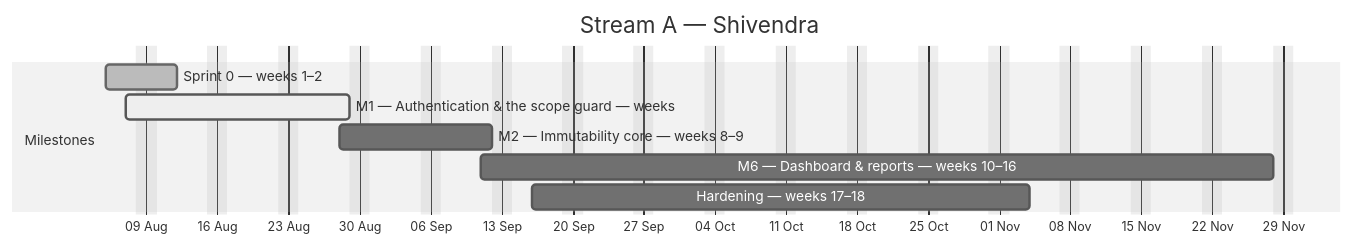
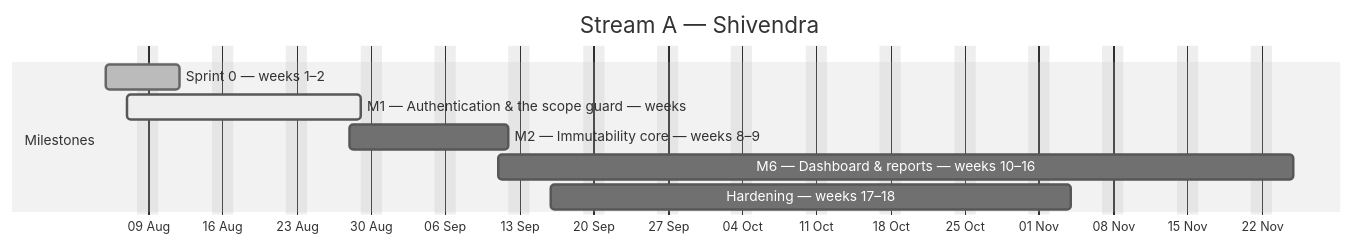
The first of 4 diagrams in docs/plan/GANTT.md (debashisedunext/EduTrack), drawn with Mermaid (neutral theme) before and after one commit. The commit also changed other lines of this file and 2 other files, not shown here.

````diff
--- a/docs/plan/GANTT.md
+++ b/docs/plan/GANTT.md
@@ -125,13 +124,13 @@
 ```mermaid
 gantt
     dateFormat YYYY-MM-DD
     axisFormat %d %b
     title Stream A — Shivendra
     excludes weekends
     section Milestones
     Sprint 0 — weeks 1–2 :done, a0, 2026-08-05, 5d
     M1 — Authentication & the scope guard — weeks :active, a1, 2026-08-07, 16d
     M2 — Immutability core — weeks 8–9 :a2, 2026-08-28, 11d
-    M6 — Dashboard & reports — weeks 10–16 :a3, 2026-09-11, 56d
+    M6 — Dashboard & reports — weeks 10–16 :a3, 2026-09-11, 53d
     Hardening — weeks 17–18 :a4, 2026-09-16, 35d
 ```
````
